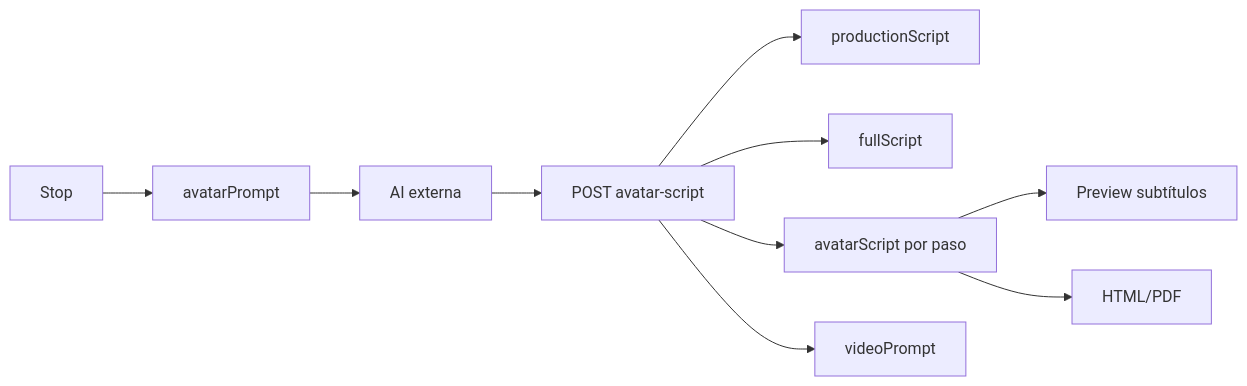
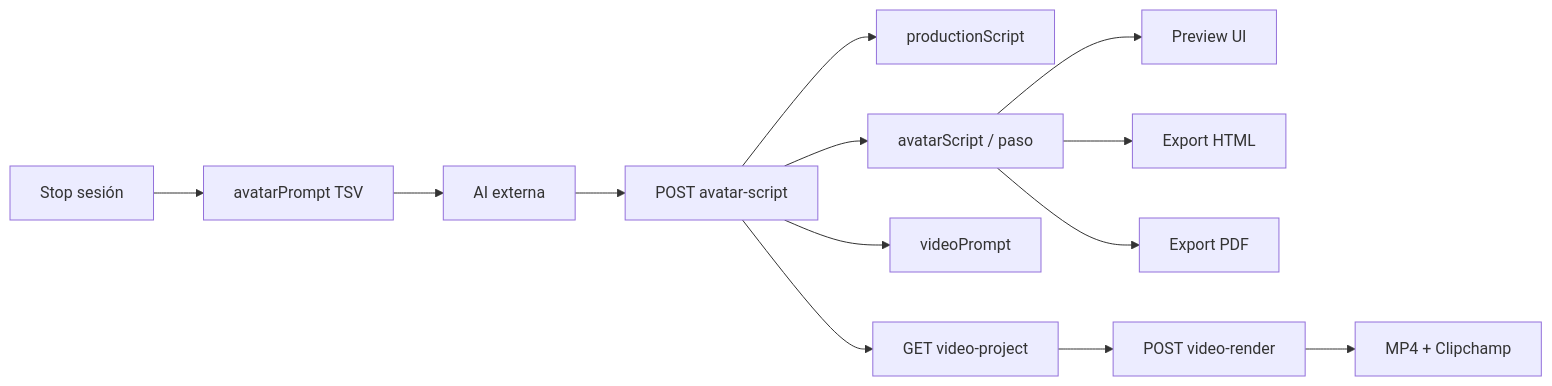
The fifth of 7 diagrams in ARCHITECTURE.md (lgallardoc/ToolsWeb), drawn with Mermaid before and after one commit. The commit also changed other lines of this file and 64 other files, not shown here.

First line of the commit message:
Add local video renderer, capture polish, and full architecture docs.

````diff
--- a/ARCHITECTURE.md
+++ b/ARCHITECTURE.md
@@ -88,12 +189,17 @@
 ```mermaid
 flowchart LR
-  stop[Stop] --> ap[avatarPrompt]
+  stop[Stop sesión] --> ap[avatarPrompt TSV]
   ap --> ai[AI externa]
   ai --> paste[POST avatar-script]
   paste --> ps[productionScript]
-  paste --> fs[fullScript]
-  paste --> sub[avatarScript por paso]
+  paste --> sub[avatarScript / paso]
   paste --> vp[videoPrompt]
-  sub --> prev[Preview subtítulos]
-  sub --> exp[HTML/PDF]
+
+  sub --> prev[Preview UI]
+  sub --> html[Export HTML]
+  sub --> pdf[Export PDF]
+
+  paste --> vsrc[GET video-project]
+  vsrc --> render[POST video-render]
+  render --> mp4[MP4 + Clipchamp]
 ```
````
